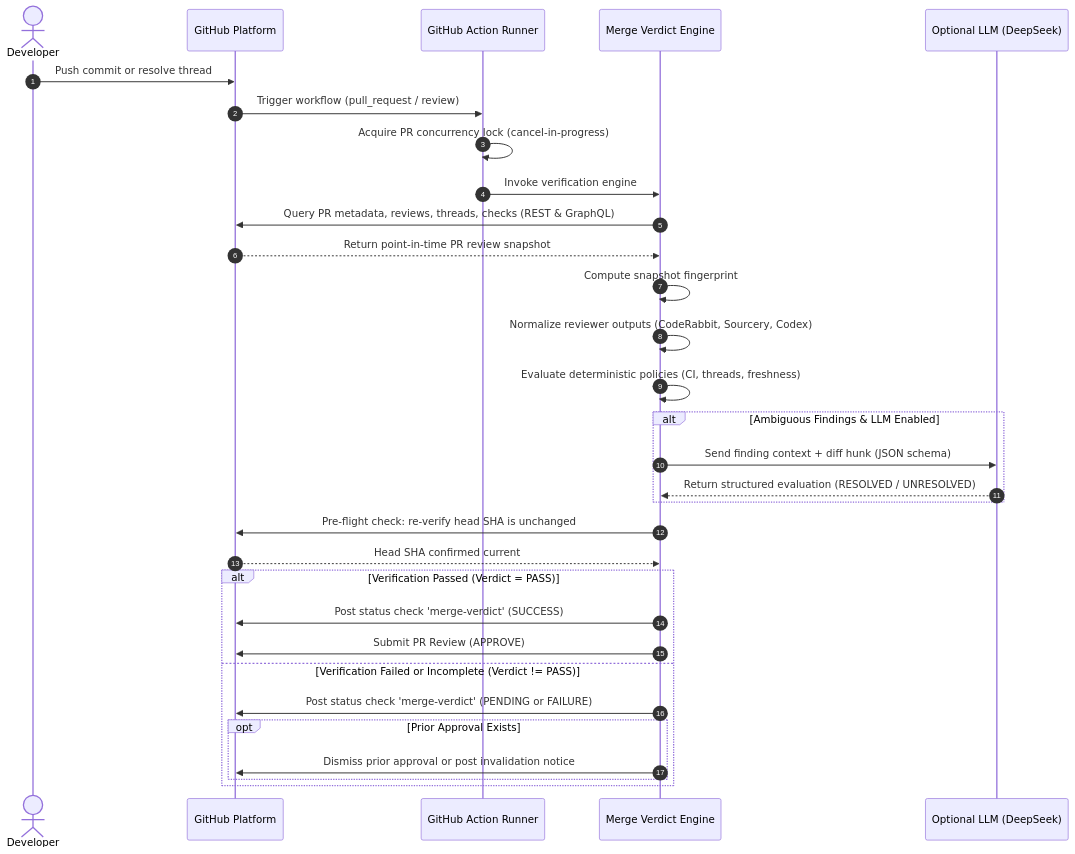
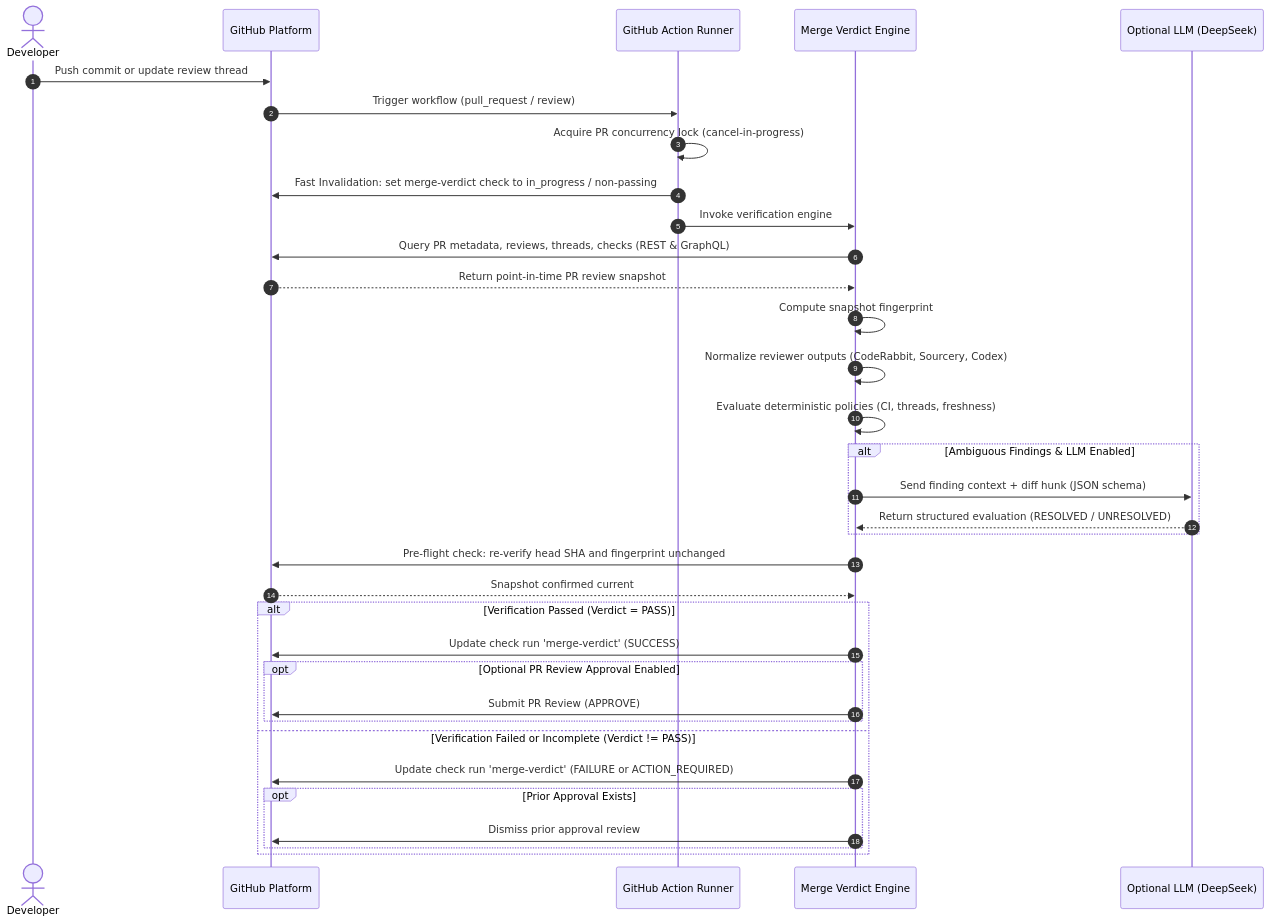
Before and after one commit to gordonpn/merge-verdict: the second of 2 diagrams in docs/architecture.md, drawn with Mermaid. The commit also changed other lines of this file and 2 other files, not shown here.

Commit message:
docs(policy): specify status check authority, fast invalidation, and checks api evidence schema

````diff
--- a/docs/architecture.md
+++ b/docs/architecture.md
@@ -150,39 +151,42 @@
 ```mermaid
 sequenceDiagram
     autonumber
     actor Dev as Developer
     participant GH as GitHub Platform
     participant WF as GitHub Action Runner
     participant Core as Merge Verdict Engine
     participant LLM as Optional LLM (DeepSeek)
 
-    Dev->>GH: Push commit or resolve thread
+    Dev->>GH: Push commit or update review thread
     GH->>WF: Trigger workflow (pull_request / review)
     WF->>WF: Acquire PR concurrency lock (cancel-in-progress)
+    WF->>GH: Fast Invalidation: set merge-verdict check to in_progress / non-passing
     WF->>Core: Invoke verification engine
 
     Core->>GH: Query PR metadata, reviews, threads, checks (REST & GraphQL)
     GH-->>Core: Return point-in-time PR review snapshot
 
     Core->>Core: Compute snapshot fingerprint
     Core->>Core: Normalize reviewer outputs (CodeRabbit, Sourcery, Codex)
     Core->>Core: Evaluate deterministic policies (CI, threads, freshness)
 
     alt Ambiguous Findings & LLM Enabled
         Core->>LLM: Send finding context + diff hunk (JSON schema)
         LLM-->>Core: Return structured evaluation (RESOLVED / UNRESOLVED)
     end
 
-    Core->>GH: Pre-flight check: re-verify head SHA is unchanged
-    GH-->>Core: Head SHA confirmed current
+    Core->>GH: Pre-flight check: re-verify head SHA and fingerprint unchanged
+    GH-->>Core: Snapshot confirmed current
 
     alt Verification Passed (Verdict = PASS)
-        Core->>GH: Post status check 'merge-verdict' (SUCCESS)
-        Core->>GH: Submit PR Review (APPROVE)
+        Core->>GH: Update check run 'merge-verdict' (SUCCESS)
+        opt Optional PR Review Approval Enabled
+            Core->>GH: Submit PR Review (APPROVE)
+        end
     else Verification Failed or Incomplete (Verdict != PASS)
-        Core->>GH: Post status check 'merge-verdict' (PENDING or FAILURE)
+        Core->>GH: Update check run 'merge-verdict' (FAILURE or ACTION_REQUIRED)
         opt Prior Approval Exists
-            Core->>GH: Dismiss prior approval or post invalidation notice
+            Core->>GH: Dismiss prior approval review
         end
     end
 ```
````
